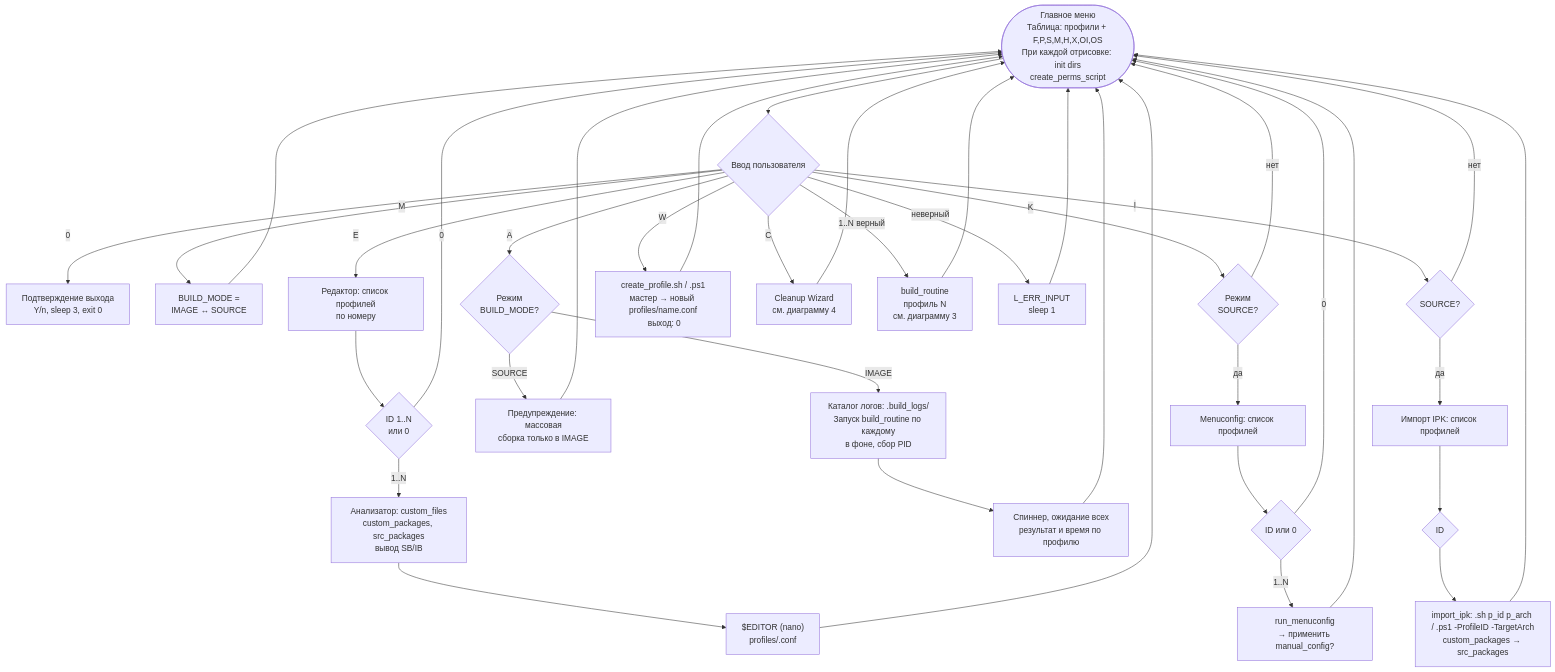
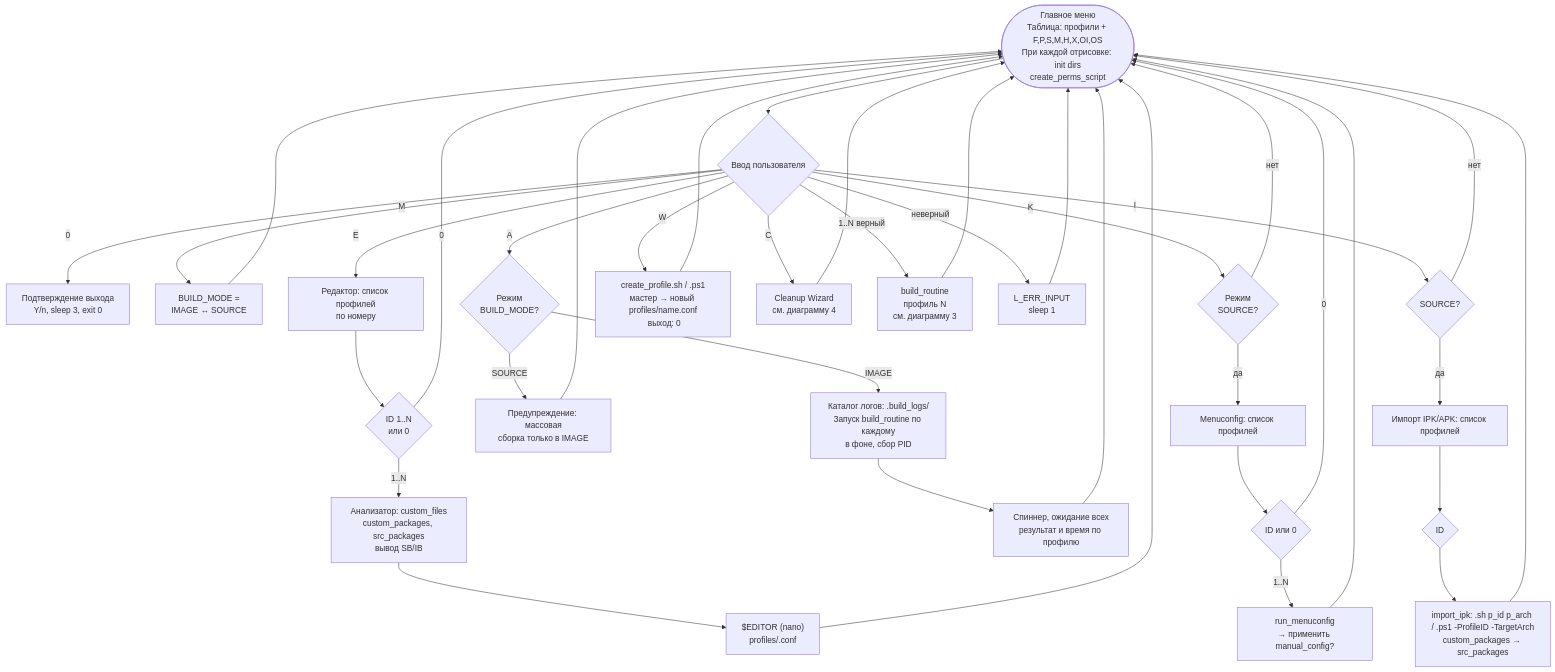
Before and after one commit to iqubik/routerFW: the second of 5 diagrams in docs/ARCHITECTURE_diagram_ru.md, drawn with Mermaid. The commit also changed other lines of this file and 7 other files, not shown here.

First line of the commit message:
docs: add APK format alongside IPK in documentation

````diff
--- a/docs/ARCHITECTURE_diagram_ru.md
+++ b/docs/ARCHITECTURE_diagram_ru.md
@@ -43,50 +43,50 @@
 ```mermaid
 flowchart TD
     MENU([Главное меню\nТаблица: профили + F,P,S,M,H,X,OI,OS\nПри каждой отрисовке: init dirs\ncreate_perms_script])
     MENU --> CHOICE{Ввод пользователя}
 
     CHOICE --> |0| EXIT[Подтверждение выхода\nY/n, sleep 3, exit 0]
     CHOICE --> |M| SWITCH[BUILD_MODE =\nIMAGE ↔ SOURCE]
     SWITCH --> MENU
 
     CHOICE --> |E| E_LIST[Редактор: список профилей\nпо номеру]
     E_LIST --> E_ID{ID 1..N\nили 0}
     E_ID --> |0| MENU
     E_ID --> |1..N| E_ANALYZE[Анализатор: custom_files\ncustom_packages, src_packages\nвывод SB/IB]
     E_ANALYZE --> E_EDIT["$EDITOR (nano)\nprofiles/<id>.conf"]
     E_EDIT --> MENU
 
     CHOICE --> |A| A_CHECK{Режим\nBUILD_MODE?}
     A_CHECK --> |SOURCE| A_WARN[Предупреждение: массовая\nсборка только в IMAGE]
     A_WARN --> MENU
     A_CHECK --> |IMAGE| A_RUN[Каталог логов: .build_logs/<ts>\nЗапуск build_routine по каждому\nв фоне, сбор PID]
     A_RUN --> A_WAIT[Спиннер, ожидание всех\nрезультат и время по профилю]
     A_WAIT --> MENU
 
     CHOICE --> |K| K_CHECK{Режим\nSOURCE?}
     K_CHECK --> |нет| MENU
     K_CHECK --> |да| K_LIST[Menuconfig: список профилей]
     K_LIST --> K_ID{ID или 0}
     K_ID --> |0| MENU
     K_ID --> |1..N| K_MC[run_menuconfig\n→ применить manual_config?]
     K_MC --> MENU
 
     CHOICE --> |I| I_CHECK{SOURCE?}
     I_CHECK --> |нет| MENU
-    I_CHECK --> |да| I_LIST[Импорт IPK: список профилей]
+    I_CHECK --> |да| I_LIST[Импорт IPK/APK: список профилей]
     I_LIST --> I_ID{ID}
     I_ID --> I_RUN[import_ipk: .sh p_id p_arch / .ps1 -ProfileID -TargetArch\ncustom_packages → src_packages]
     I_RUN --> MENU
 
     CHOICE --> |W| W_RUN[create_profile.sh / .ps1\nмастер → новый profiles/name.conf\n выход: 0]
     W_RUN --> MENU
 
     CHOICE --> |C| CLEAN_WIZ[Cleanup Wizard\nсм. диаграмму 4]
     CLEAN_WIZ --> MENU
 
     CHOICE --> |1..N верный| BUILD[build_routine\nпрофиль N\nсм. диаграмму 3]
     BUILD --> MENU
 
     CHOICE --> |неверный| ERR[L_ERR_INPUT\nsleep 1]
     ERR --> MENU
 ```
````
